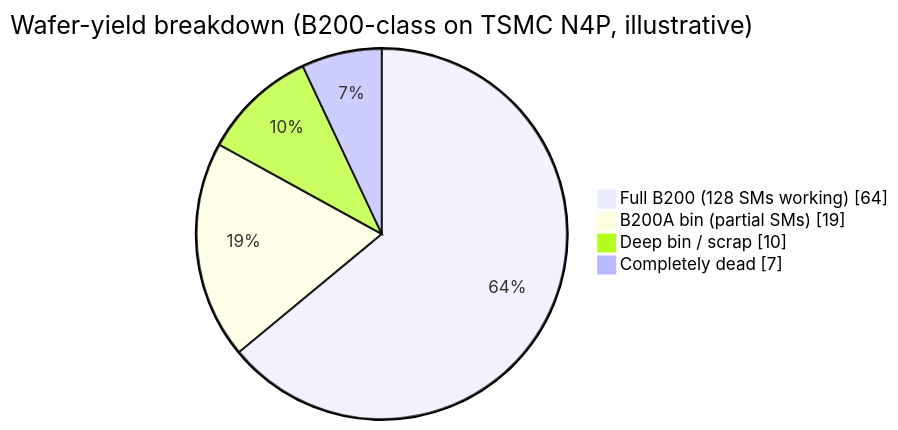
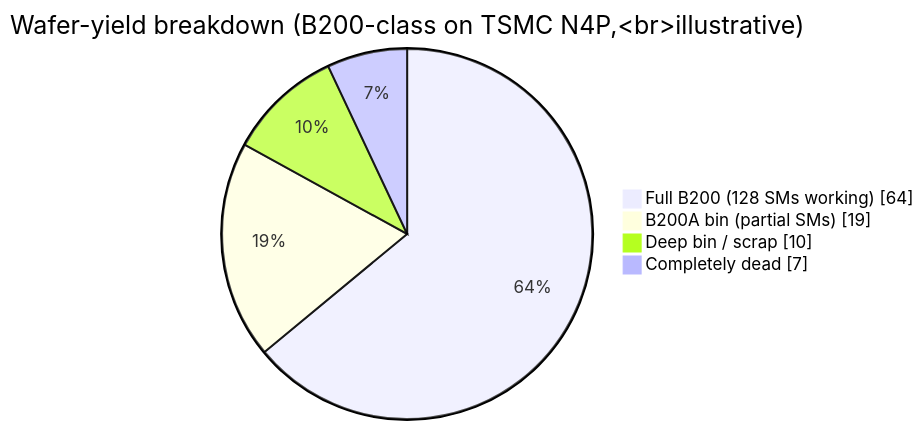
The second of 7 diagrams in ai_infra/L0_Silicon_and_Process/Silicon_For_AI.md (Wty2003328/ai_infra_intro), drawn with Mermaid before and after one commit. The commit also changed other lines of this file and 108 other files, not shown here.

````diff
--- a/ai_infra/L0_Silicon_and_Process/Silicon_For_AI.md
+++ b/ai_infra/L0_Silicon_and_Process/Silicon_For_AI.md
@@ -305,8 +306,9 @@
 ```mermaid
+%%{init: {"flowchart": {"defaultRenderer": "elk", "nodeSpacing": 60, "rankSpacing": 60, "htmlLabels": false}}}%%
 pie showData
-    title Wafer-yield breakdown (B200-class on TSMC N4P, illustrative)
+    title Wafer-yield breakdown (B200-class on TSMC N4P,<br/>illustrative)
     "Full B200 (128 SMs working)" : 64
     "B200A bin (partial SMs)" : 19
     "Deep bin / scrap" : 10
     "Completely dead" : 7
 ```
````
